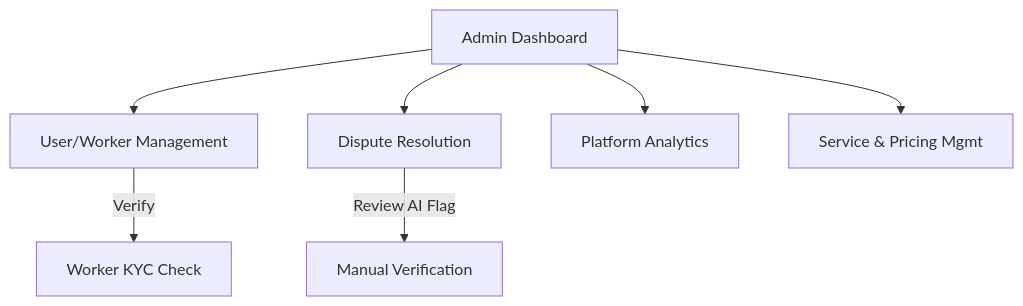
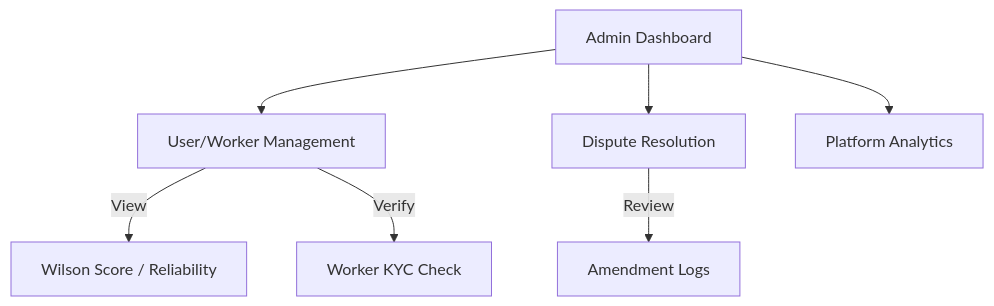
One commit to Somilg11/oddigo-v2 changed the fifth of 5 diagrams in docs_detailed_flows/detailed/HLD.md. Above: the diagram before and after it, drawn with Mermaid. The commit also changed other lines of this file and 4 other files, not shown here.

````diff
--- a/docs_detailed_flows/detailed/HLD.md
+++ b/docs_detailed_flows/detailed/HLD.md
@@ -114,10 +133,11 @@
 ```mermaid
 graph TD
     Dashboard[Admin Dashboard] --> UserMgmt[User/Worker Management]
     Dashboard --> Disputes[Dispute Resolution]
     Dashboard --> Analytics[Platform Analytics]
-    Dashboard --> Content[Service & Pricing Mgmt]
-
-    Disputes -->|Review AI Flag| ManualReview[Manual Verification]
+    
+    UserMgmt -->|View| RankStats[Wilson Score / Reliability]
+    Disputes -->|Review| ScopeCreepLogs[Amendment Logs]
+    
     UserMgmt -->|Verify| KYC[Worker KYC Check]
 ```
````
